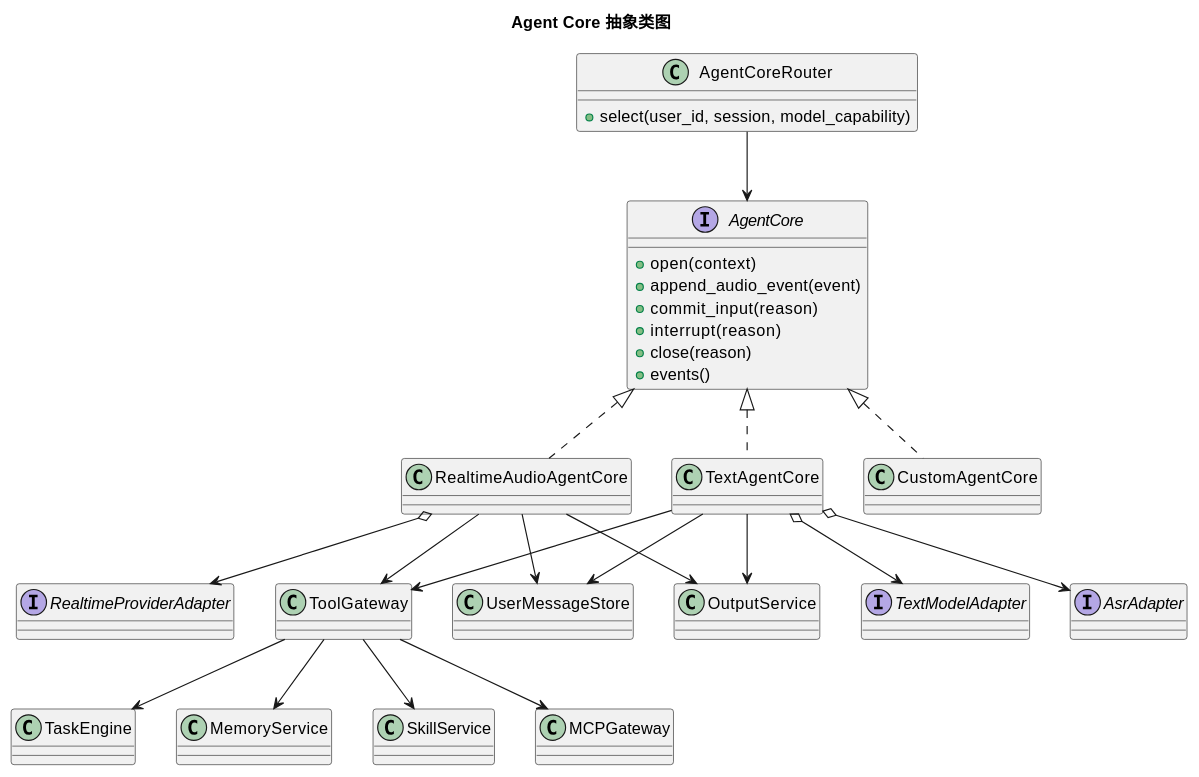
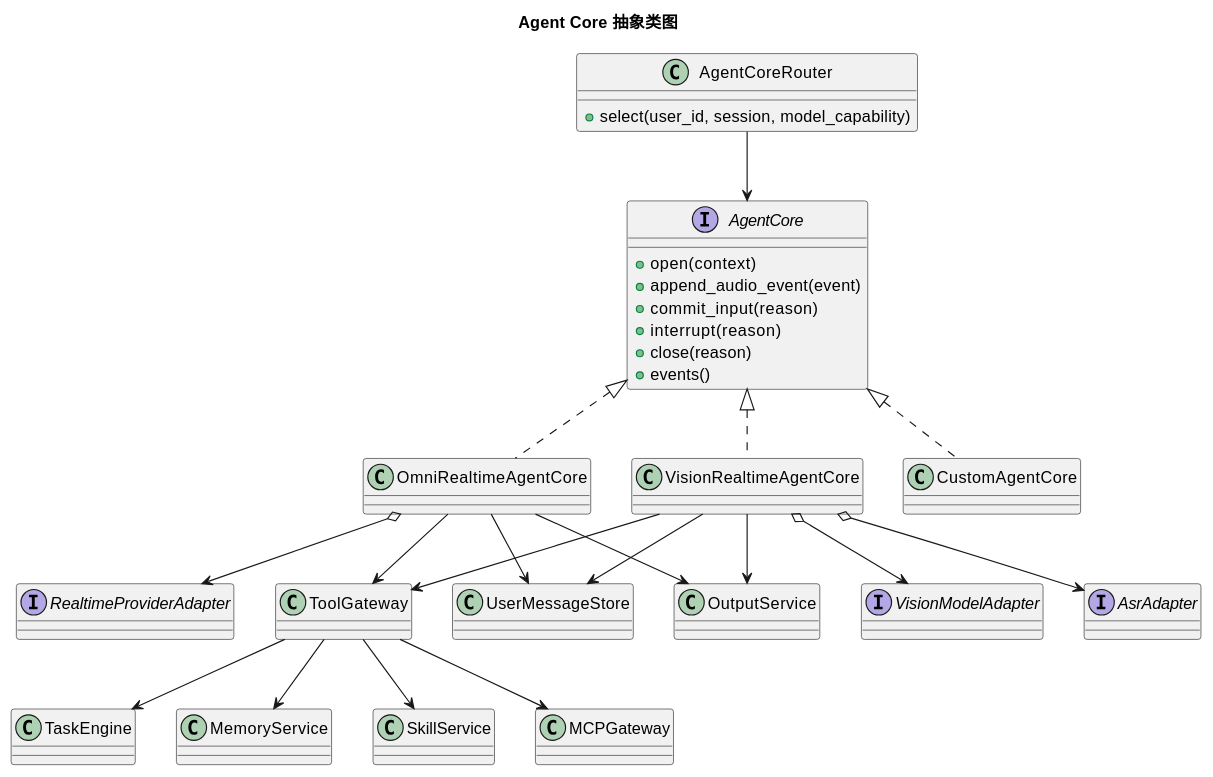
Before and after one commit to HengeLiu/RealtimeAgent: the ninth of 18 diagrams in audio-server/docs/internal/audio-server-architecture-design.md, drawn with PlantUML. The commit also changed other lines of this file and 488 other files, not shown here.

````diff
--- a/audio-server/docs/internal/audio-server-architecture-design.md
+++ b/audio-server/docs/internal/audio-server-architecture-design.md
@@ -1613,51 +1613,51 @@
 ```plantuml
 @startuml
 title Agent Core 抽象类图
 
 interface AgentCore {
   +open(context)
   +append_audio_event(event)
   +commit_input(reason)
   +interrupt(reason)
   +close(reason)
   +events()
 }
 
 class AgentCoreRouter {
   +select(user_id, session, model_capability)
 }
 
-class RealtimeAudioAgentCore
-class TextAgentCore
+class OmniRealtimeAgentCore
+class VisionRealtimeAgentCore
 class CustomAgentCore
 interface RealtimeProviderAdapter
-interface TextModelAdapter
+interface VisionModelAdapter
 interface AsrAdapter
 
 class ToolGateway
 class TaskEngine
 class MemoryService
 class SkillService
 class MCPGateway
 class UserMessageStore
 class OutputService
 
-AgentCore <|.. RealtimeAudioAgentCore
-AgentCore <|.. TextAgentCore
+AgentCore <|.. OmniRealtimeAgentCore
+AgentCore <|.. VisionRealtimeAgentCore
 AgentCore <|.. CustomAgentCore
 AgentCoreRouter --> AgentCore
-RealtimeAudioAgentCore o--> RealtimeProviderAdapter
-TextAgentCore o--> TextModelAdapter
-TextAgentCore o--> AsrAdapter
-RealtimeAudioAgentCore --> ToolGateway
-TextAgentCore --> ToolGateway
+OmniRealtimeAgentCore o--> RealtimeProviderAdapter
+VisionRealtimeAgentCore o--> VisionModelAdapter
+VisionRealtimeAgentCore o--> AsrAdapter
+OmniRealtimeAgentCore --> ToolGateway
+VisionRealtimeAgentCore --> ToolGateway
 ToolGateway --> TaskEngine
 ToolGateway --> MCPGateway
 ToolGateway --> MemoryService
 ToolGateway --> SkillService
-RealtimeAudioAgentCore --> UserMessageStore
-TextAgentCore --> UserMessageStore
-RealtimeAudioAgentCore --> OutputService
-TextAgentCore --> OutputService
+OmniRealtimeAgentCore --> UserMessageStore
+VisionRealtimeAgentCore --> UserMessageStore
+OmniRealtimeAgentCore --> OutputService
+VisionRealtimeAgentCore --> OutputService
 @enduml
 ```
````
